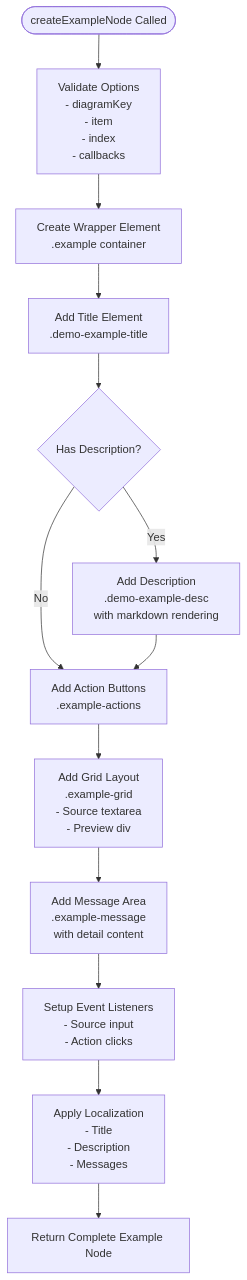
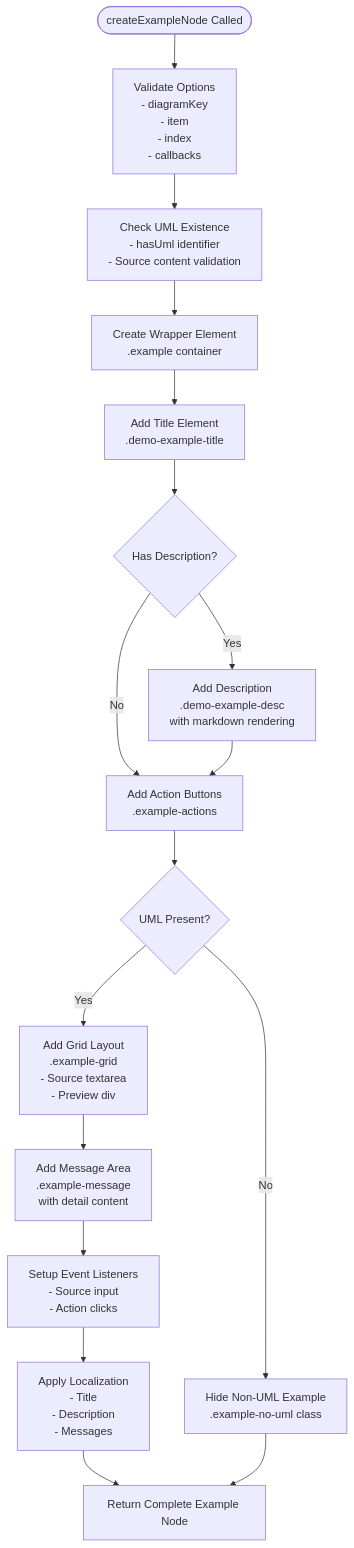
One commit to pingwurth/code-to-uml changed the second of 12 diagrams in .qoder/repowiki/en/content/Core Components/Demo Example Component.md. Above: the diagram before and after it, drawn with Mermaid. The commit also changed other lines of this file and 55 other files, not shown here.

````diff
--- a/.qoder/repowiki/en/content/Core Components/Demo Example Component.md
+++ b/.qoder/repowiki/en/content/Core Components/Demo Example Component.md
@@ -90,15 +121,19 @@
 ```mermaid
 flowchart TD
 Start([createExampleNode Called]) --> ValidateOptions["Validate Options<br/>- diagramKey<br/>- item<br/>- index<br/>- callbacks"]
-ValidateOptions --> CreateWrapper["Create Wrapper Element<br/>.example container"]
+ValidateOptions --> CheckUmlExistence["Check UML Existence<br/>- hasUml identifier<br/>- Source content validation"]
+CheckUmlExistence --> CreateWrapper["Create Wrapper Element<br/>.example container"]
 CreateWrapper --> AddTitle["Add Title Element<br/>.demo-example-title"]
 AddTitle --> CheckDescription{"Has Description?"}
 CheckDescription --> |Yes| AddDescription["Add Description<br/>.demo-example-desc<br/>with markdown rendering"]
 CheckDescription --> |No| AddActions["Add Action Buttons<br/>.example-actions"]
 AddDescription --> AddActions
-AddActions --> AddGrid["Add Grid Layout<br/>.example-grid<br/>- Source textarea<br/>- Preview div"]
+AddActions --> CheckUmlClass{"UML Present?"}
+CheckUmlClass --> |Yes| AddGrid["Add Grid Layout<br/>.example-grid<br/>- Source textarea<br/>- Preview div"]
+CheckUmlClass --> |No| HideExample["Hide Non-UML Example<br/>.example-no-uml class"]
 AddGrid --> AddMessage["Add Message Area<br/>.example-message<br/>with detail content"]
 AddMessage --> SetupEvents["Setup Event Listeners<br/>- Source input<br/>- Action clicks"]
 SetupEvents --> ApplyLocale["Apply Localization<br/>- Title<br/>- Description<br/>- Messages"]
 ApplyLocale --> ReturnNode["Return Complete Example Node"]
+HideExample --> ReturnNode
 ```
````
